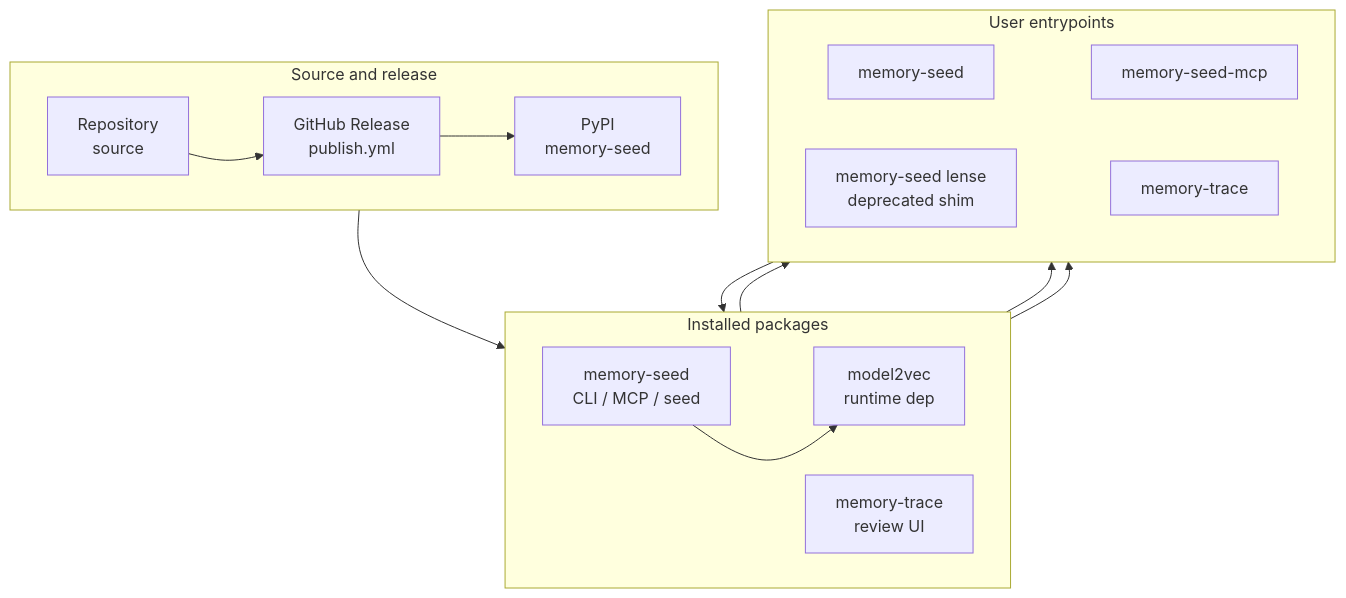
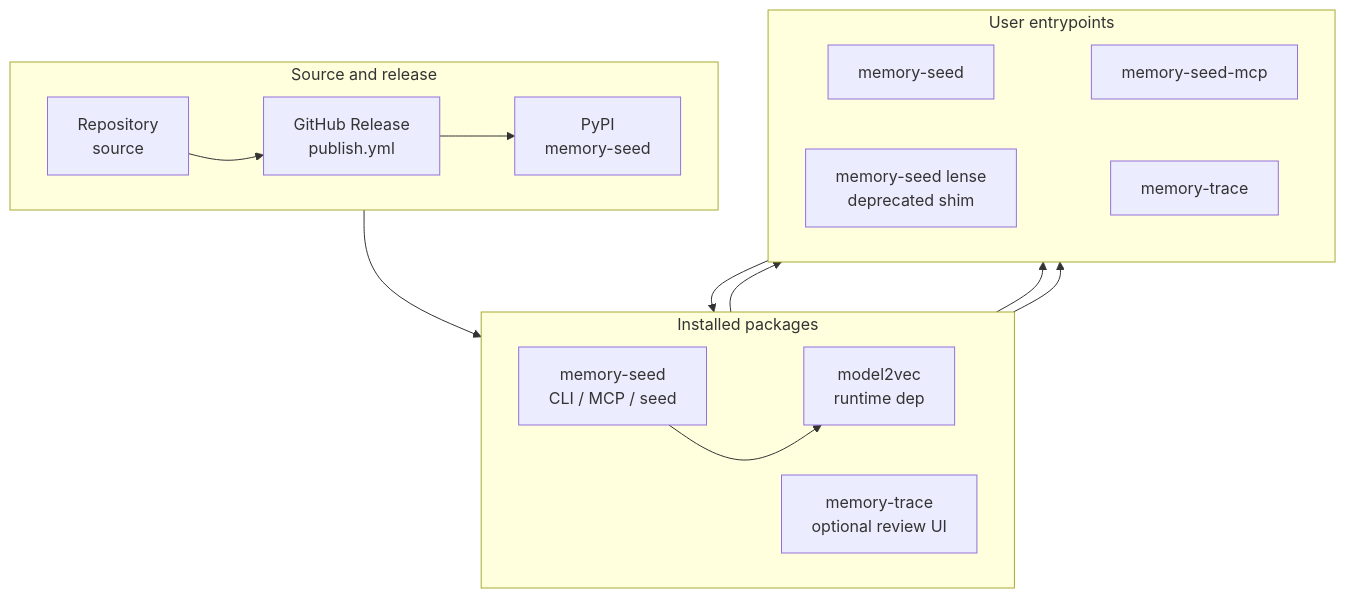
One commit to jnl-tshi/memory-seed changed the second of 23 diagrams in docs/3_Spec/functionality-audit.md. Above: the diagram before and after it, drawn with Mermaid. The commit also changed other lines of this file and 9 other files, not shown here.

````diff
--- a/docs/3_Spec/functionality-audit.md
+++ b/docs/3_Spec/functionality-audit.md
@@ -115,32 +116,32 @@
 ```mermaid
 graph TD
   subgraph SourceTier["Source and release"]
     direction LR
     REPO["Repository<br>source"] ~~~ RELEASE["GitHub Release<br>publish.yml"]
     PYPI["PyPI<br>memory-seed"]
   end
 
   subgraph PackageTier["Installed packages"]
     direction LR
     CORE["memory-seed<br>CLI / MCP / seed"] ~~~ MODEL["model2vec<br>runtime dep"]
-    TRACE["memory-trace<br>review UI"]
+    TRACE["memory-trace<br>optional review UI"]
   end
 
   subgraph UserTier["User entrypoints"]
     direction LR
     CLI["memory-seed"] ~~~ MCP["memory-seed-mcp"]
     SHIM["memory-seed lense<br>deprecated shim"] ~~~ TRACECLI["memory-trace"]
   end
 
   SourceTier ~~~ PackageTier
   PackageTier ~~~ UserTier
 
   REPO --> RELEASE
   RELEASE --> PYPI
   PYPI --> CORE
   CORE --> MODEL
   CORE --> CLI
   CORE --> MCP
   SHIM --> TRACE
   TRACE --> TRACECLI
 ```
````
